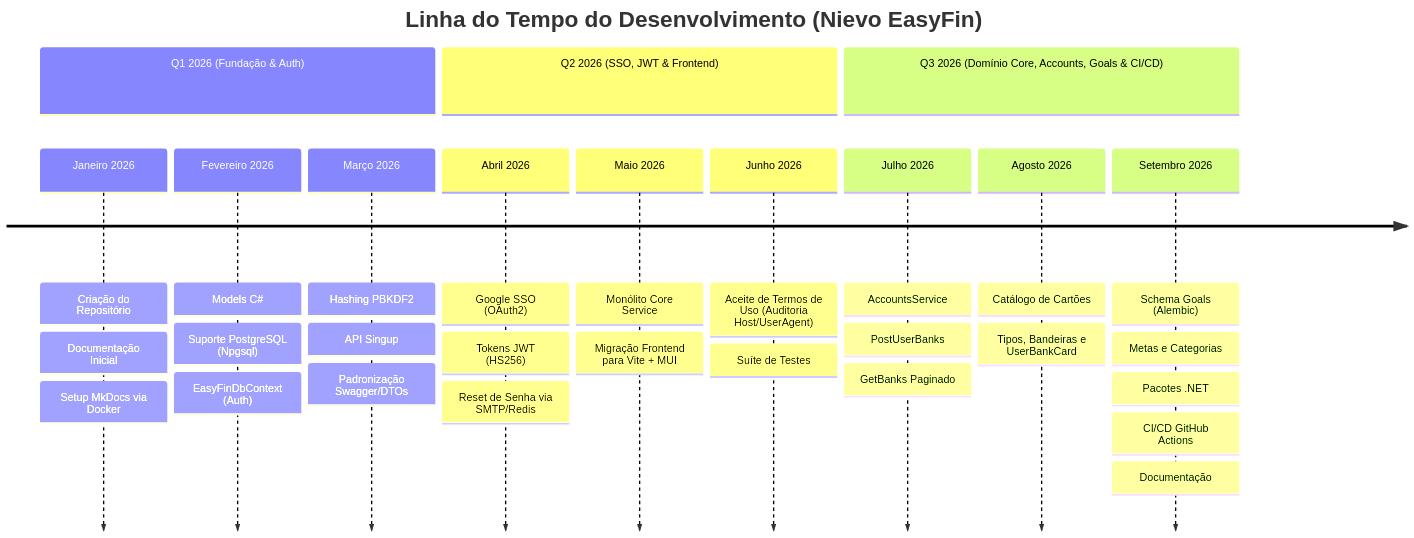
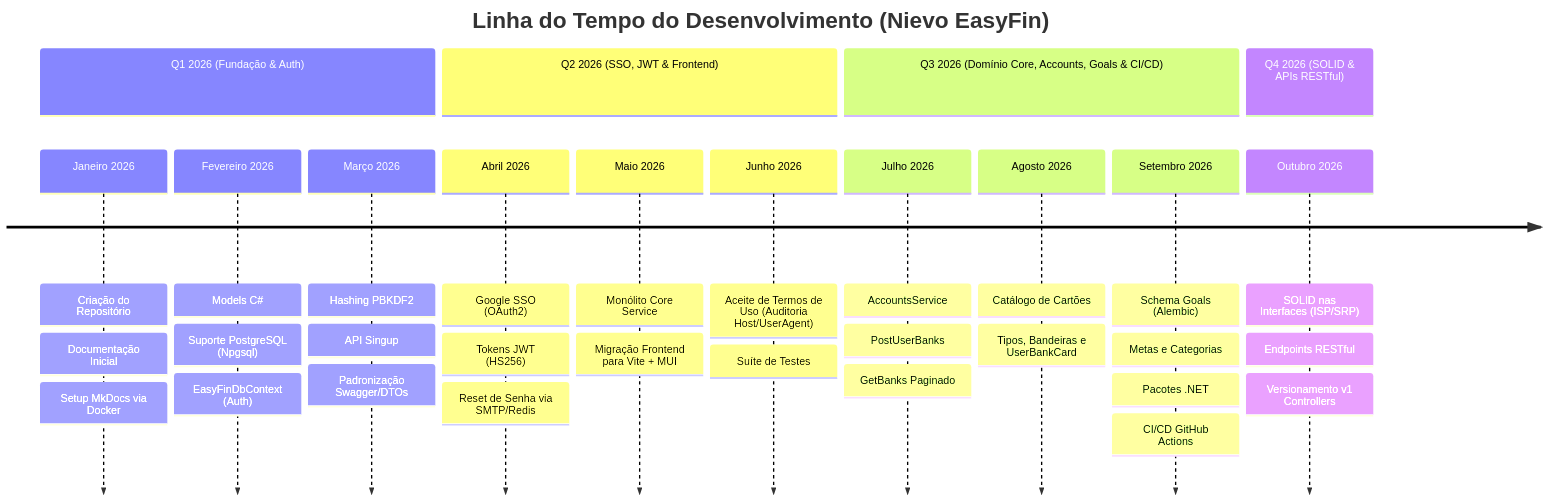
One commit to pedrovtof/Nievo-easy-fin changed the diagram in docs/config/docs/content/AtualizacoesHistorico/intro.md. Above: the diagram before and after it, drawn with Mermaid. The commit also changed other lines of this file and 33 other files, not shown here.

First line of the commit message:
fix(services): update controller endpoints, service interfaces and fi… (#50)

````diff
--- a/docs/config/docs/content/AtualizacoesHistorico/intro.md
+++ b/docs/config/docs/content/AtualizacoesHistorico/intro.md
@@ -9,16 +9,18 @@
 ```mermaid
 timeline
     title Linha do Tempo do Desenvolvimento (Nievo EasyFin)
     section Q1 2026 (Fundação & Auth)
         Janeiro 2026 : Criação do Repositório : Documentação Inicial : Setup MkDocs via Docker
         Fevereiro 2026 : Models C# : Suporte PostgreSQL (Npgsql) : EasyFinDbContext (Auth)
         Março 2026 : Hashing PBKDF2 : API Singup : Padronização Swagger/DTOs
     section Q2 2026 (SSO, JWT & Frontend)
         Abril 2026 : Google SSO (OAuth2) : Tokens JWT (HS256) : Reset de Senha via SMTP/Redis
         Maio 2026 : Monólito Core Service : Migração Frontend para Vite + MUI
         Junho 2026 : Aceite de Termos de Uso (Auditoria Host/UserAgent) : Suíte de Testes
     section Q3 2026 (Domínio Core, Accounts, Goals & CI/CD)
         Julho 2026 : AccountsService : PostUserBanks : GetBanks Paginado
         Agosto 2026 : Catálogo de Cartões : Tipos, Bandeiras e UserBankCard
-        Setembro 2026 : Schema Goals (Alembic) : Metas e Categorias : Pacotes .NET : CI/CD GitHub Actions : Documentação
+        Setembro 2026 : Schema Goals (Alembic) : Metas e Categorias : Pacotes .NET : CI/CD GitHub Actions
+    section Q4 2026 (SOLID & APIs RESTful)
+        Outubro 2026 : SOLID nas Interfaces (ISP/SRP) : Endpoints RESTful : Versionamento v1 Controllers
 ```
````
